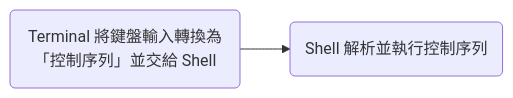
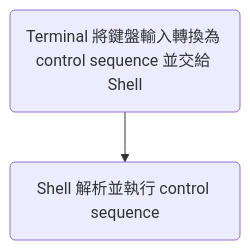
The second of 2 diagrams in Operating System/CLI vs. Terminal vs. Console vs. Shell.md (bingyangchen/KM-software), drawn with Mermaid before and after one commit. The commit also changed other lines of this file and 109 other files, not shown here.

````diff
--- a/Operating System/CLI vs. Terminal vs. Console vs. Shell.md
+++ b/Operating System/CLI vs. Terminal vs. Console vs. Shell.md
@@ -54,6 +54,6 @@
 ```mermaid
-flowchart LR
-    id1("Terminal 將鍵盤輸入轉換為「控制序列」並交給 Shell")
-    id2("Shell 解析並執行控制序列")
+flowchart TD
+    id1("Terminal 將鍵盤輸入轉換為 control sequence 並交給 Shell")
+    id2("Shell 解析並執行 control sequence")
     id1 --> id2
 ```
````
